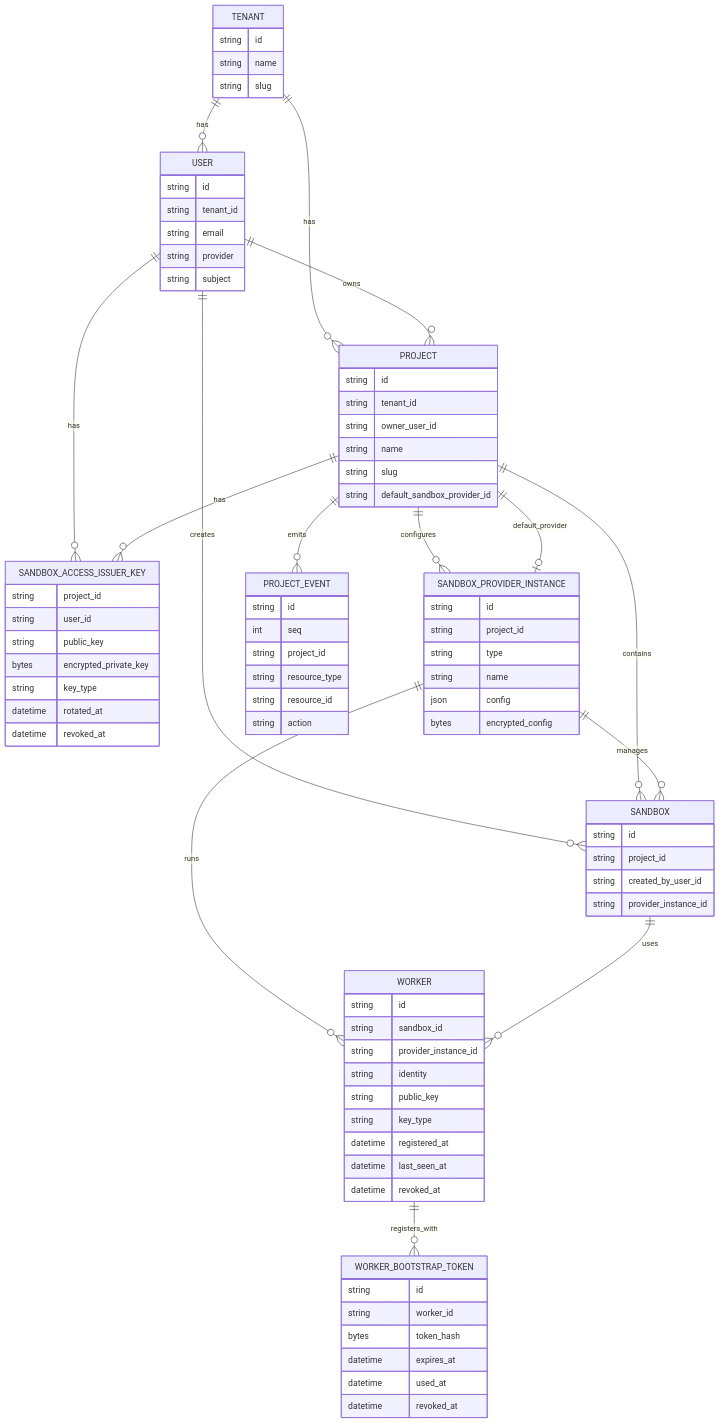
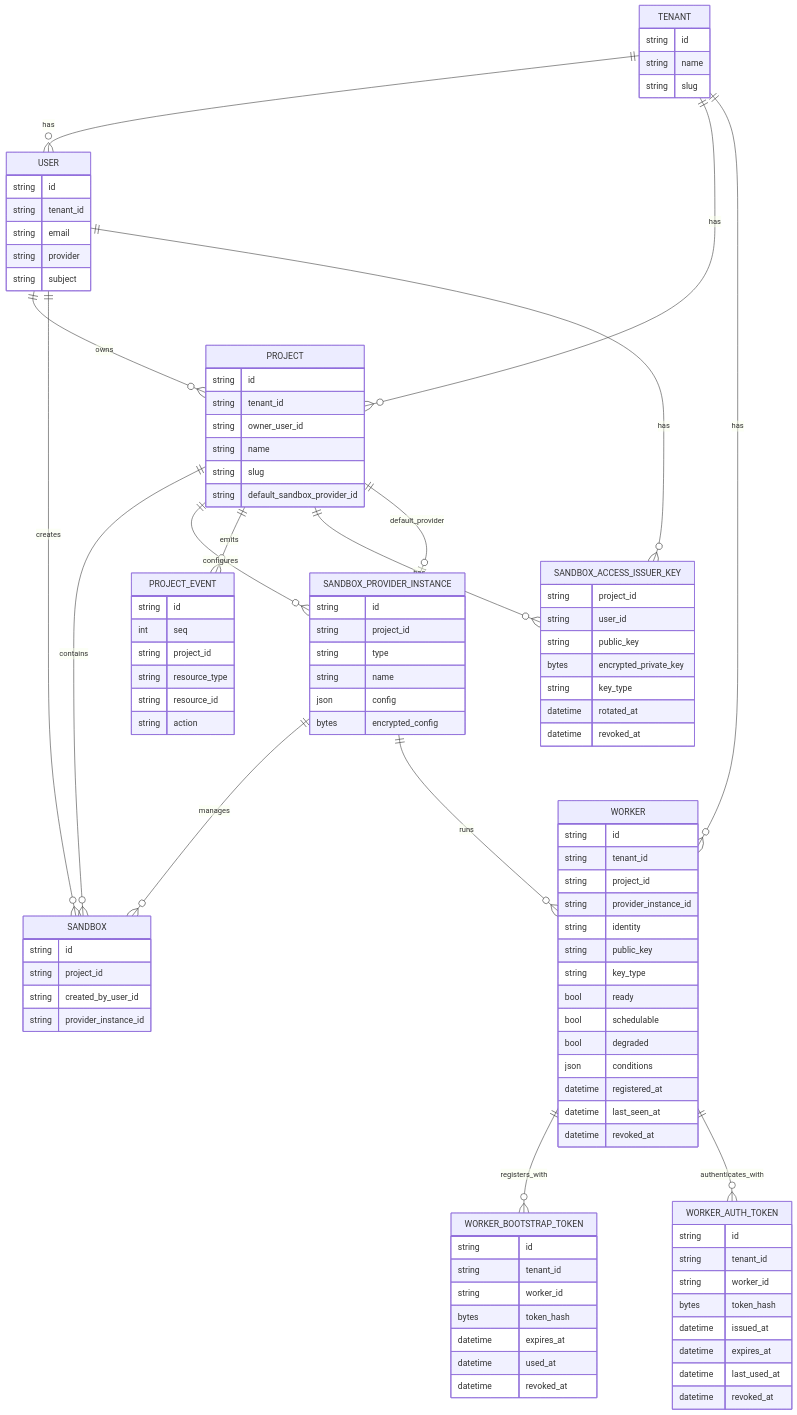
The diagram in internal/model/DESIGN.md (discobox-ai/discobox), drawn with Mermaid before and after one commit. The commit also changed other lines of this file and 128 other files, not shown here.

First line of the commit message:
feat: add tenant-aware worker-backed sandbox providers

```diff
--- a/internal/model/DESIGN.md
+++ b/internal/model/DESIGN.md
@@ -42,6 +56,7 @@
 erDiagram
     TENANT ||--o{ USER : has
     TENANT ||--o{ PROJECT : has
+    TENANT ||--o{ WORKER : has
 
     USER ||--o{ PROJECT : owns
     USER ||--o{ SANDBOX : creates
@@ -55,8 +70,8 @@
 
     SANDBOX_PROVIDER_INSTANCE ||--o{ SANDBOX : manages
     SANDBOX_PROVIDER_INSTANCE ||--o{ WORKER : runs
-    SANDBOX ||--o{ WORKER : uses
     WORKER ||--o{ WORKER_BOOTSTRAP_TOKEN : registers_with
+    WORKER ||--o{ WORKER_AUTH_TOKEN : authenticates_with
 
     TENANT {
         string id
@@ -99,11 +114,16 @@
 
     WORKER {
         string id
-        string sandbox_id
+        string tenant_id
+        string project_id
         string provider_instance_id
         string identity
         string public_key
         string key_type
+        bool ready
+        bool schedulable
+        bool degraded
+        json conditions
         datetime registered_at
         datetime last_seen_at
         datetime revoked_at
@@ -111,10 +131,22 @@
 
     WORKER_BOOTSTRAP_TOKEN {
         string id
+        string tenant_id
         string worker_id
         bytes token_hash
         datetime expires_at
         datetime used_at
+        datetime revoked_at
+    }
+
+    WORKER_AUTH_TOKEN {
+        string id
+        string tenant_id
+        string worker_id
+        bytes token_hash
+        datetime issued_at
+        datetime expires_at
+        datetime last_used_at
         datetime revoked_at
     }
 
```
